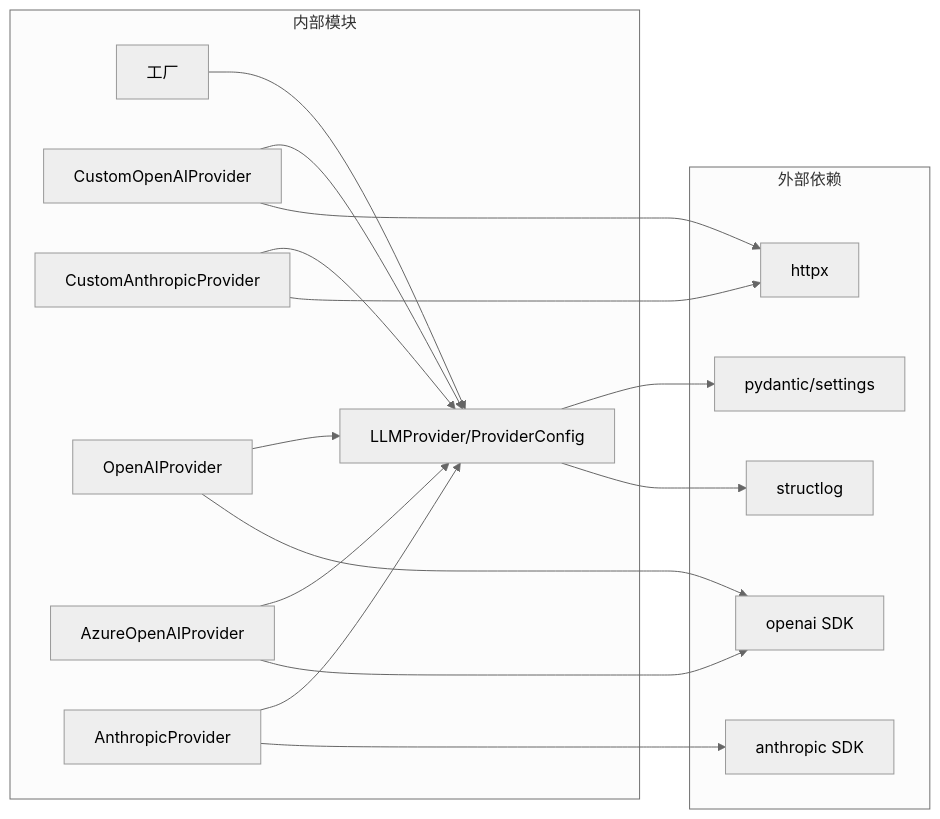
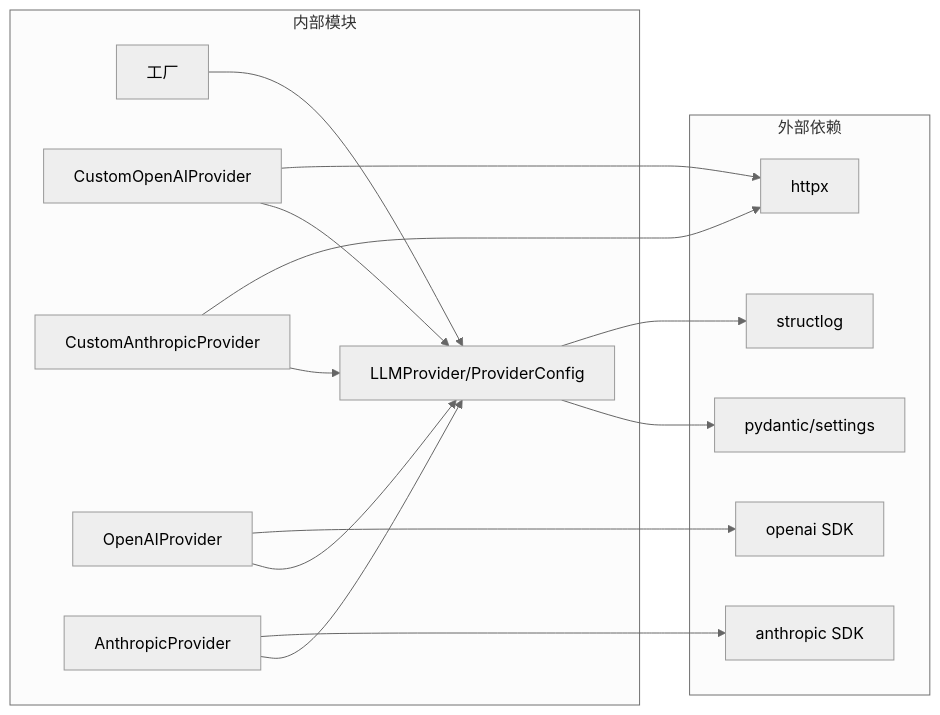
The seventh of 8 diagrams in .qoder/repowiki/zh/content/LLM提供商适配/自定义提供商开发.md (wowzhangji/doc_ai_parser), drawn with Mermaid (neutral theme) before and after one commit. The commit also changed other lines of this file and 25 other files, not shown here.

````diff
--- a/.qoder/repowiki/zh/content/LLM提供商适配/自定义提供商开发.md
+++ b/.qoder/repowiki/zh/content/LLM提供商适配/自定义提供商开发.md
@@ -311,32 +312,29 @@
 ```mermaid
 graph LR
 subgraph "外部依赖"
 OPENAI["openai SDK"]
 ANTH["anthropic SDK"]
 HTTPX["httpx"]
 PYD["pydantic/settings"]
 STR["structlog"]
 end
 subgraph "内部模块"
 BASE["LLMProvider/ProviderConfig"]
 FACT["工厂"]
 COAI["CustomOpenAIProvider"]
 CANTH["CustomAnthropicProvider"]
 OAI["OpenAIProvider"]
-AZ["AzureOpenAIProvider"]
 ANT["AnthropicProvider"]
 end
 OAI --> OPENAI
-AZ --> OPENAI
 ANT --> ANTH
 COAI --> HTTPX
 CANTH --> HTTPX
 BASE --> STR
 FACT --> BASE
 COAI --> BASE
 CANTH --> BASE
 OAI --> BASE
-AZ --> BASE
 ANT --> BASE
 BASE --> PYD
 ```
````
